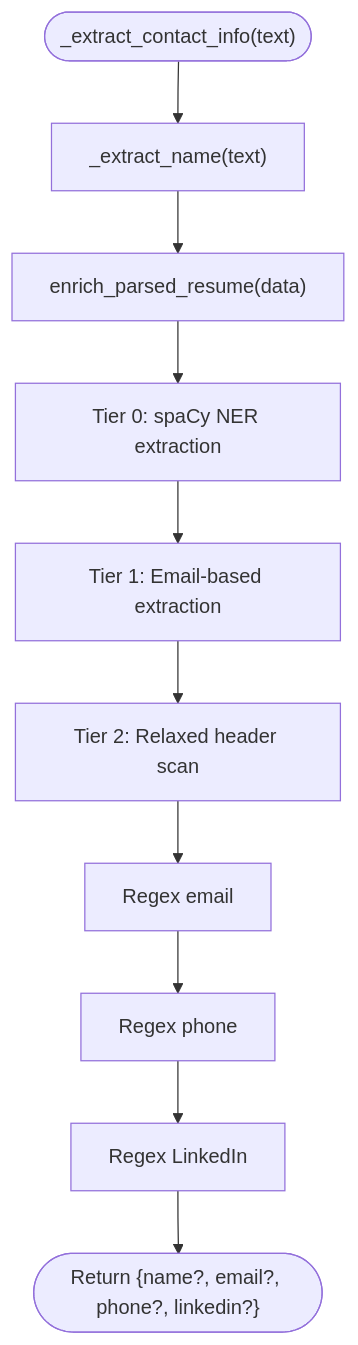
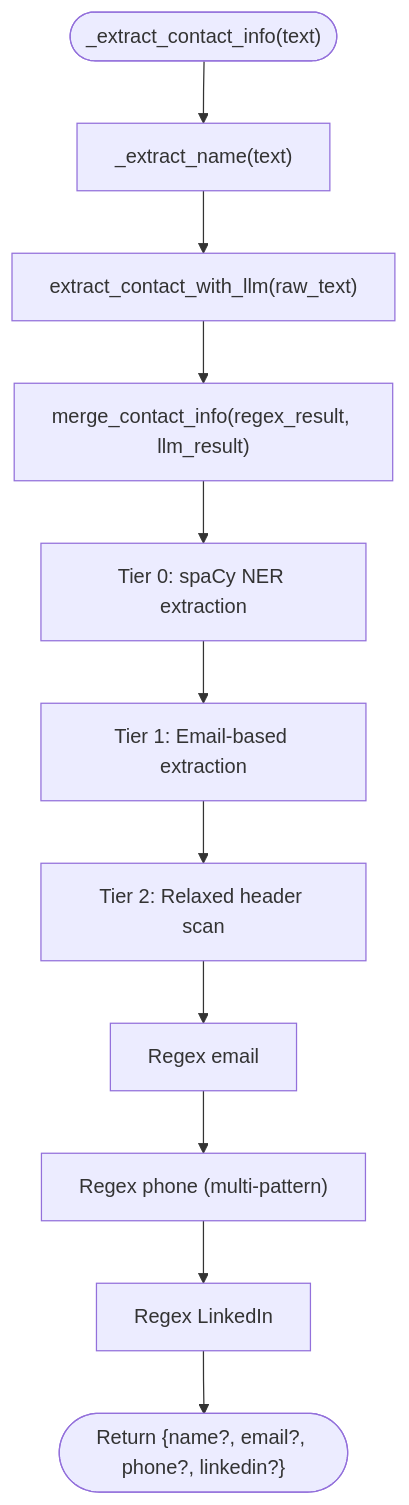
One commit to Revanththetalogics/aireume changed diagram 12 of 18 in .qoder/repowiki/en/content/Analysis Engine/Parser Service.md. Above: the diagram before and after it, drawn with Mermaid. The commit also changed other lines of this file and 20 other files, not shown here.

First line of the commit message:
fix: persist complete report data to analysis_result for Candidates page

````diff
--- a/.qoder/repowiki/en/content/Analysis Engine/Parser Service.md
+++ b/.qoder/repowiki/en/content/Analysis Engine/Parser Service.md
@@ -244,12 +539,13 @@
 ```mermaid
 flowchart TD
 StartCI(["_extract_contact_info(text)"]) --> Name["_extract_name(text)"]
-Name --> Enrich["enrich_parsed_resume(data)"]
-Enrich --> NERTier["Tier 0: spaCy NER extraction"]
+Name --> LLMContact["extract_contact_with_llm(raw_text)"]
+LLMContact --> Merge["merge_contact_info(regex_result, llm_result)"]
+Merge --> NERTier["Tier 0: spaCy NER extraction"]
 NERTier --> EmailTier["Tier 1: Email-based extraction"]
 EmailTier --> RelaxedTier["Tier 2: Relaxed header scan"]
 RelaxedTier --> Email["Regex email"]
-Email --> Phone["Regex phone"]
+Email --> Phone["Regex phone (multi-pattern)"]
 Phone --> LinkedIn["Regex LinkedIn"]
 LinkedIn --> Out(["Return {name?, email?, phone?, linkedin?}"])
 ```
````
